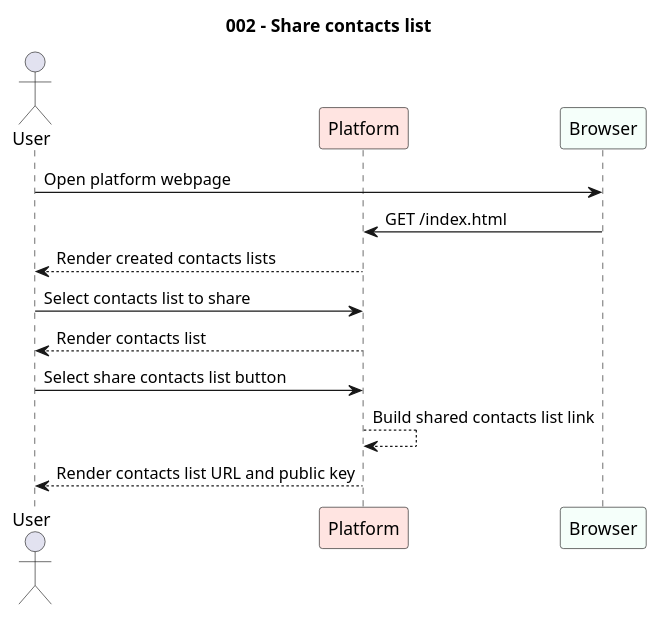
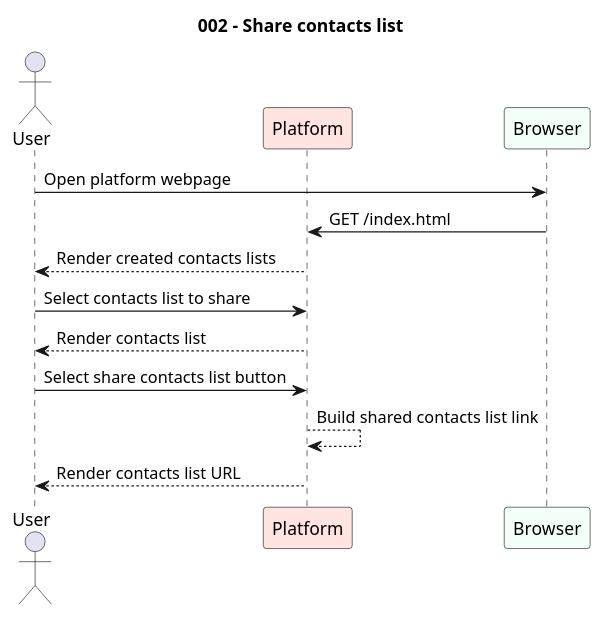
Before and after one commit to paginas-secretas/docs: the diagram in src/usecases/puml/002-share-contacts-list.puml, drawn with PlantUML. The commit also changed 5 other files, not shown here.

Commit message:
fix(usecases): private/public key generation + encryption flow

```diff
--- a/src/usecases/puml/002-share-contacts-list.puml
+++ b/src/usecases/puml/002-share-contacts-list.puml
@@ -1,20 +1,20 @@
 @startuml 002-share-contacts-list
 
 title "002 - Share contacts list"
 
 actor User
 participant "Platform" as PL #MistyRose
 participant Browser #MintCream
 
 User -> Browser : Open platform webpage
 Browser -> PL : GET /index.html
 PL --> User: Render created contacts lists
 
 User -> PL: Select contacts list to share
 PL --> User: Render contacts list
 
 User -> PL: Select share contacts list button
 PL --> PL: Build shared contacts list link
-PL --> User: Render contacts list URL and public key
+PL --> User: Render contacts list URL
 
 @enduml
```
